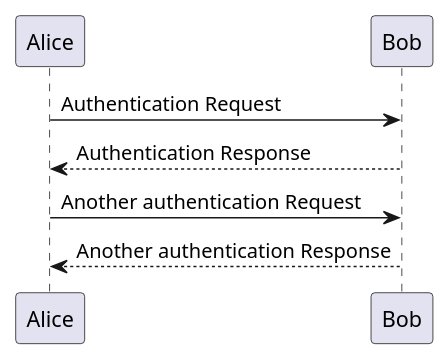
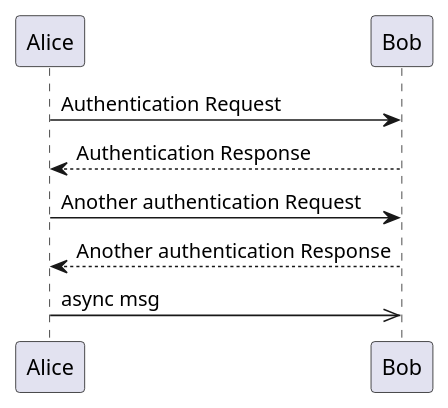
One commit to wiloon/blog changed the sixth of 7 diagrams in content/post/archive-3/2020-01-26-plantuml-puml-vs-code.md. Above: the diagram before and after it, drawn with PlantUML. The commit also changed other lines of this file and 10 other files, not shown here.

````diff
--- a/content/post/archive-3/2020-01-26-plantuml-puml-vs-code.md
+++ b/content/post/archive-3/2020-01-26-plantuml-puml-vs-code.md
@@ -108,10 +110,10 @@
 ```puml
 @startuml
 Alice -> Bob: Authentication Request
 Bob --> Alice: Authentication Response
 
 Alice -> Bob: Another authentication Request
 Alice <-- Bob: Another authentication Response
-
+Alice ->> Bob: async msg
 @enduml
 ```
````
